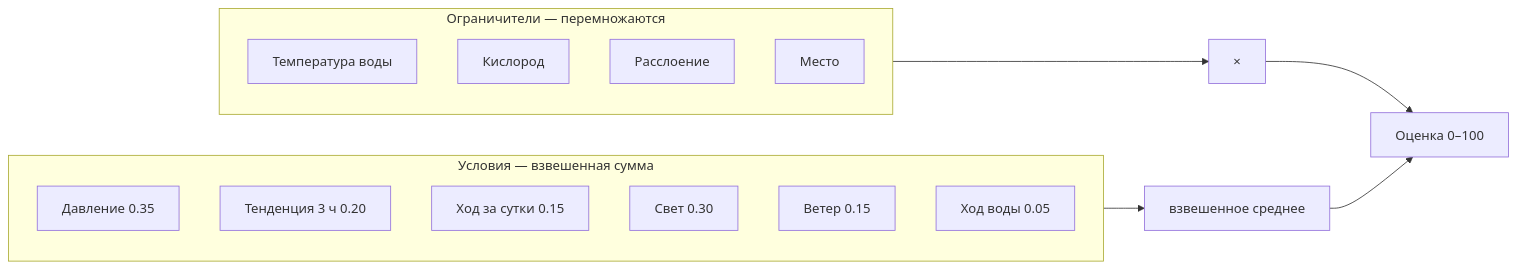
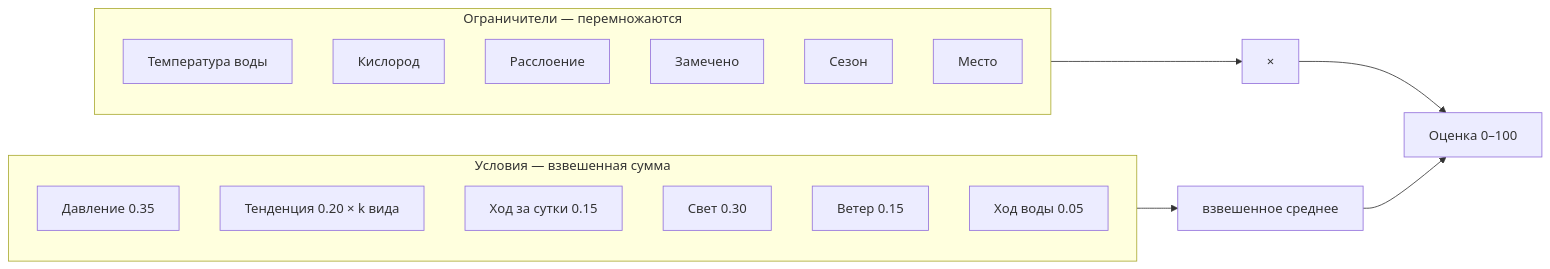
One commit to chelowek054-lgtm/fishForecast changed the diagram in app/docs/architecture/client/bite-score.md. Above: the diagram before and after it, drawn with Mermaid. The commit also changed other lines of this file and 30 other files, not shown here.

````diff
--- a/app/docs/architecture/client/bite-score.md
+++ b/app/docs/architecture/client/bite-score.md
@@ -109,21 +109,23 @@
 ```mermaid
 flowchart LR
     subgraph limiters["Ограничители — перемножаются"]
         t["Температура воды"]
         o["Кислород"]
         s["Расслоение"]
+        n["Замечено"]
+        se["Сезон"]
         p["Место"]
     end
     subgraph conditions["Условия — взвешенная сумма"]
         pr["Давление 0.35"]
-        tr["Тенденция 3 ч 0.20"]
+        tr["Тенденция 0.20 × k вида"]
         dy["Ход за сутки 0.15"]
         li["Свет 0.30"]
         wi["Ветер 0.15"]
         wt["Ход воды 0.05"]
     end
     limiters --> mul["×"]
     conditions --> sum["взвешенное среднее"]
     mul --> score["Оценка 0–100"]
     sum --> score
 ```
````
